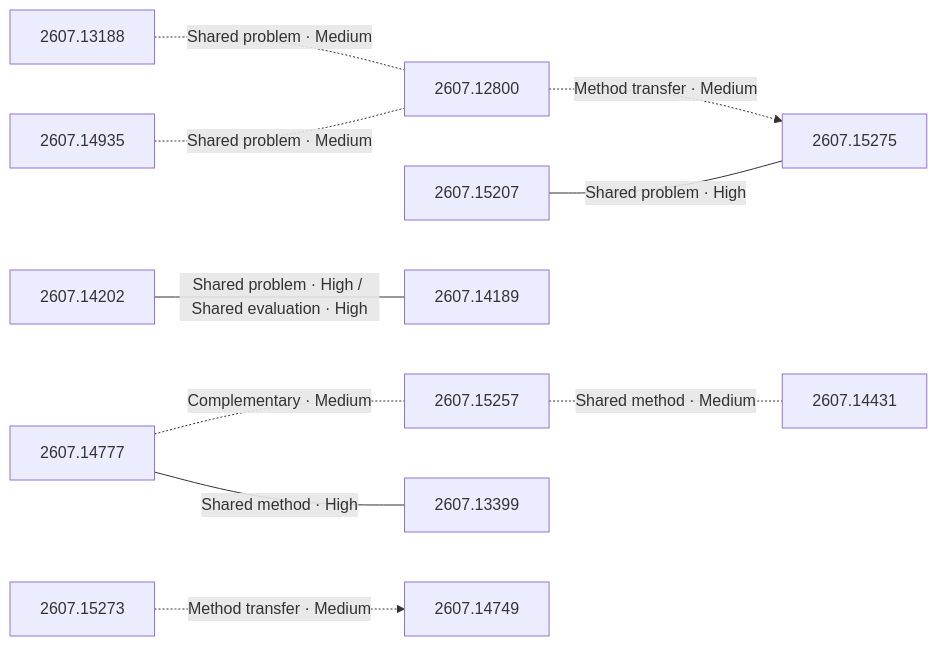
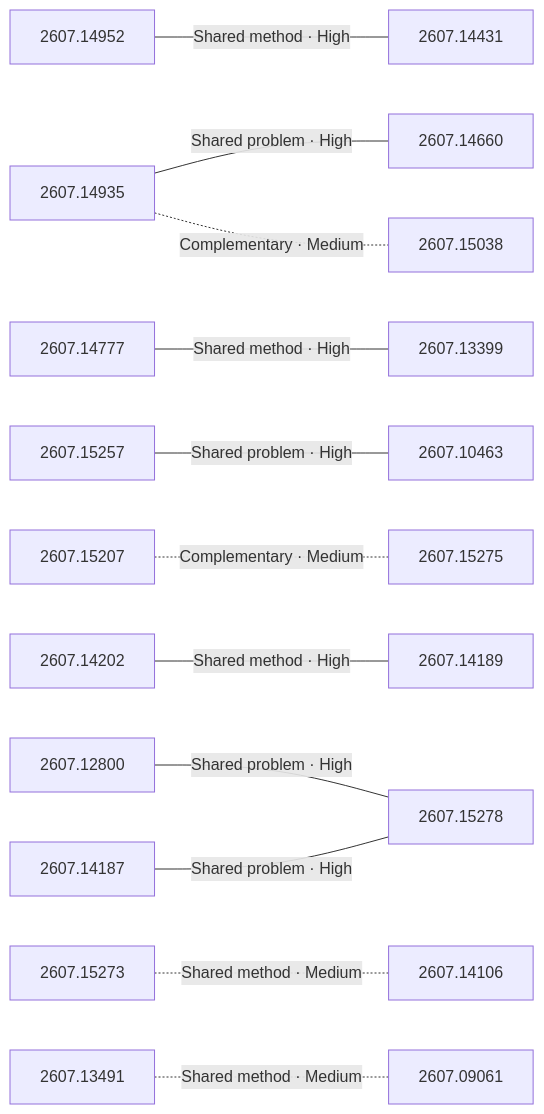
One commit to vollero/hf-daily-paper-summaries changed the diagram in summaries/2026/07/2026-07-17/relationships.md. Above: the diagram before and after it, drawn with Mermaid. The commit also changed other lines of this file and 15 other files, not shown here.

Commit message:
Publish summary, analyses, and graph 2026-07-17

````diff
--- a/summaries/2026/07/2026-07-17/relationships.md
+++ b/summaries/2026/07/2026-07-17/relationships.md
@@ -26,27 +26,36 @@
 ```mermaid
 flowchart LR
   accTitle: Same-day paper relationships
   accDescr: Editorial hypotheses connecting papers from this daily collection.
-  c1["2607.14777"]
-  c2["2607.15257"]
-  c3["2607.15207"]
-  c4["2607.14202"]
-  c5["2607.14189"]
-  c6["2607.14935"]
-  c7["2607.13188"]
+  c1["2607.14952"]
+  c2["2607.14935"]
+  c3["2607.14777"]
+  c4["2607.15257"]
+  c5["2607.15207"]
+  c6["2607.14202"]
+  c7["2607.14189"]
   c9["2607.12800"]
-  c10["2607.13399"]
-  c11["2607.14749"]
-  c12["2607.15275"]
-  c13["2607.15273"]
-  c15["2607.14431"]
-  c1 ---|"Shared method · High"| c10
-  c1 -.-|"Complementary · Medium"| c2
-  c2 -.-|"Shared method · Medium"| c15
-  c3 ---|"Shared problem · High"| c12
-  c4 ---|"Shared problem · High / Shared evaluation · High"| c5
-  c6 -.-|"Shared problem · Medium"| c9
-  c7 -.-|"Shared problem · Medium"| c9
-  c9 -.->|"Method transfer · Medium"| c12
-  c13 -.->|"Method transfer · Medium"| c11
+  c12["2607.14187"]
+  c13["2607.15038"]
+  c14["2607.13399"]
+  c15["2607.15275"]
+  c16["2607.15273"]
+  c18["2607.13491"]
+  c19["2607.14660"]
+  c20["2607.14431"]
+  c23["2607.10463"]
+  c25["2607.14106"]
+  c26["2607.15278"]
+  c29["2607.09061"]
+  c3 ---|"Shared method · High"| c14
+  c4 ---|"Shared problem · High"| c23
+  c6 ---|"Shared method · High"| c7
+  c9 ---|"Shared problem · High"| c26
+  c12 ---|"Shared problem · High"| c26
+  c2 ---|"Shared problem · High"| c19
+  c2 -.-|"Complementary · Medium"| c13
+  c1 ---|"Shared method · High"| c20
+  c5 -.-|"Complementary · Medium"| c15
+  c16 -.-|"Shared method · Medium"| c25
+  c18 -.-|"Shared method · Medium"| c29
 ```
````
